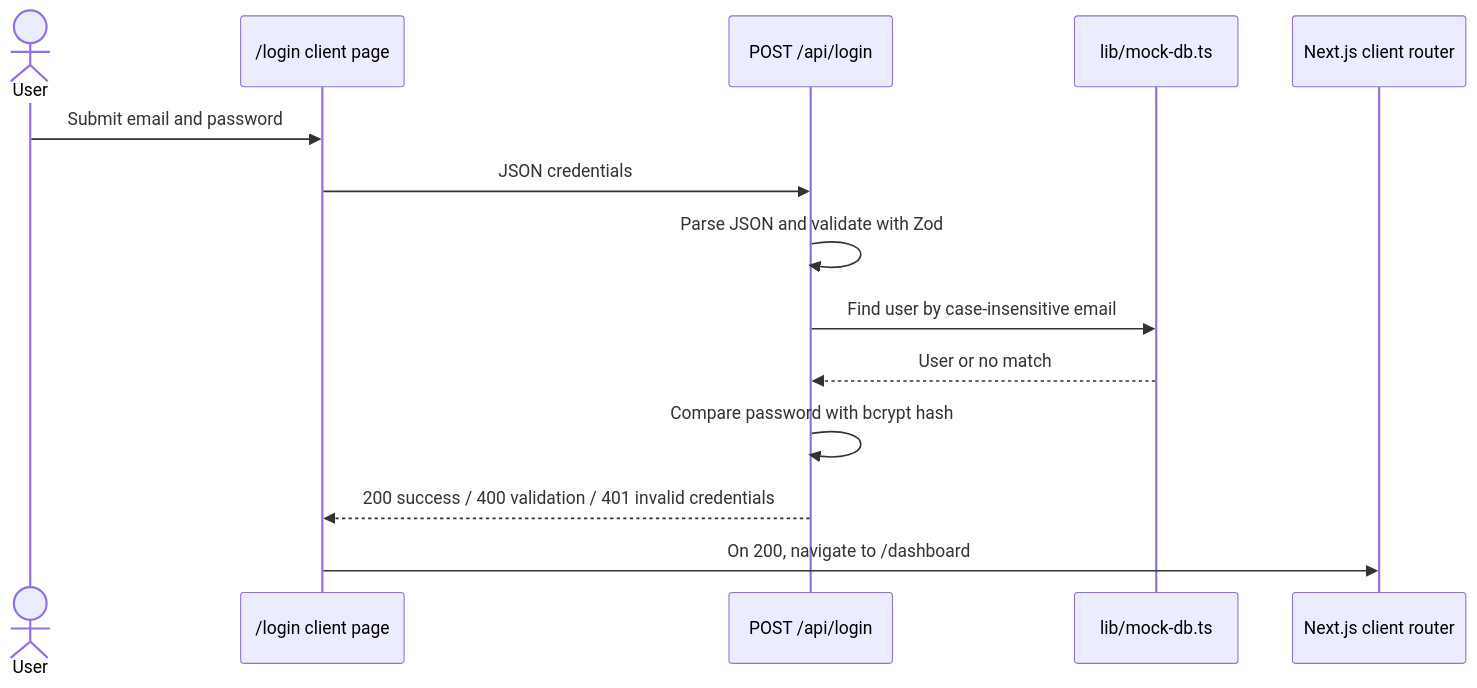
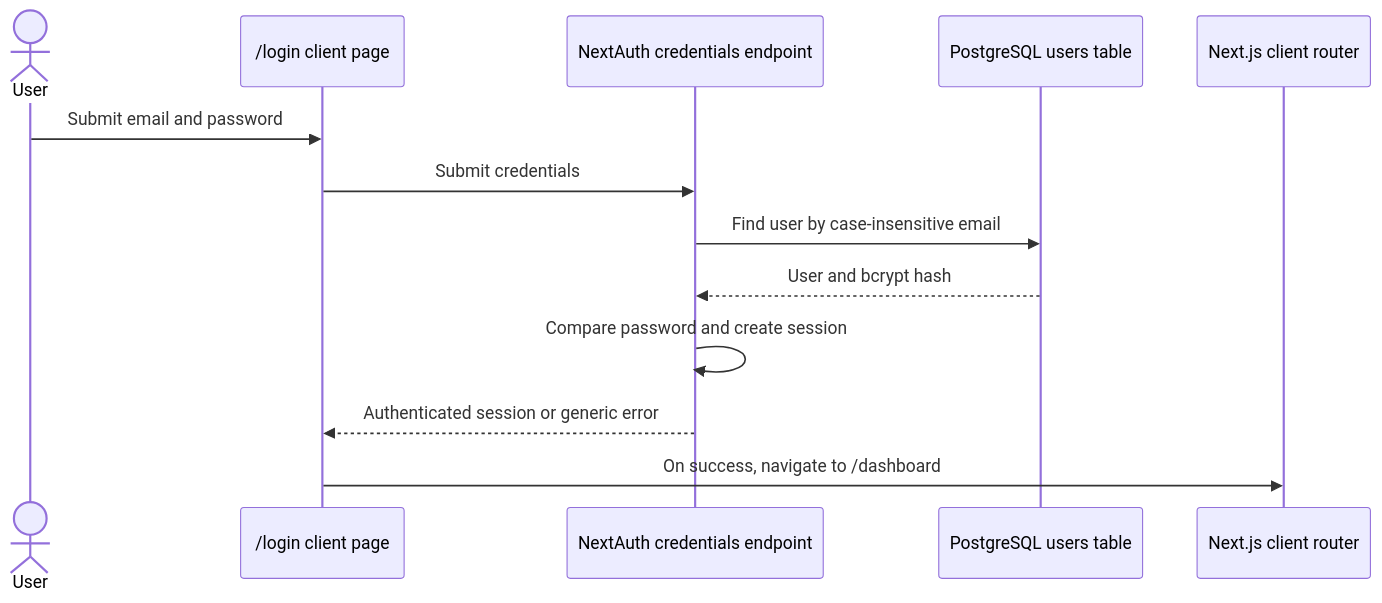
Before and after one commit to vinithdc-jpg/fittrack: the third of 4 diagrams in README.md, drawn with Mermaid. The commit also changed other lines of this file and 18 other files, not shown here.

First line of the commit message:
feat(auth): integrate PostgreSQL for user authentication and registration

````diff
--- a/README.md
+++ b/README.md
@@ -210,17 +185,16 @@
 ```mermaid
 sequenceDiagram
     actor User
     participant Form as /login client page
-    participant API as POST /api/login
-    participant Mock as lib/mock-db.ts
+    participant Auth as NextAuth credentials endpoint
+    participant DB as PostgreSQL users table
     participant Router as Next.js client router
 
     User->>Form: Submit email and password
-    Form->>API: JSON credentials
-    API->>API: Parse JSON and validate with Zod
-    API->>Mock: Find user by case-insensitive email
-    Mock-->>API: User or no match
-    API->>API: Compare password with bcrypt hash
-    API-->>Form: 200 success / 400 validation / 401 invalid credentials
-    Form->>Router: On 200, navigate to /dashboard
+    Form->>Auth: Submit credentials
+    Auth->>DB: Find user by case-insensitive email
+    DB-->>Auth: User and bcrypt hash
+    Auth->>Auth: Compare password and create session
+    Auth-->>Form: Authenticated session or generic error
+    Form->>Router: On success, navigate to /dashboard
 ```
````
